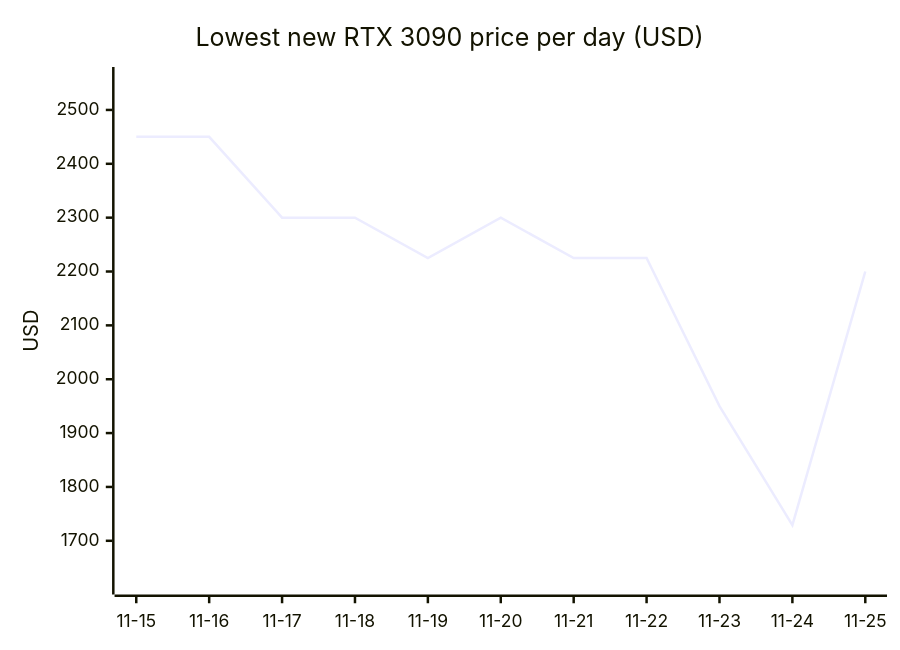
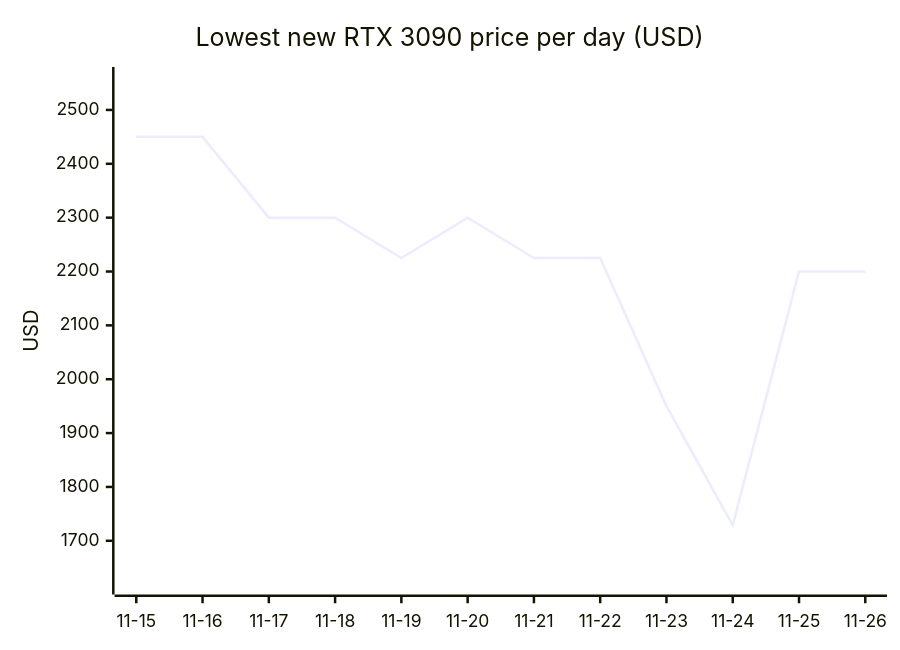
Before and after one commit to 7324136828/4tb_ssd_price_watch: the ninth of 18 diagrams in README.md, drawn with Mermaid. The commit also changed other lines of this file, not shown here.

````diff
--- a/README.md
+++ b/README.md
@@ -977,7 +1006,7 @@
 ```mermaid
 xychart-beta
     title "Lowest new RTX 3090 price per day (USD)"
-    x-axis ["11-15", "11-16", "11-17", "11-18", "11-19", "11-20", "11-21", "11-22", "11-23", "11-24", "11-25"]
+    x-axis ["11-15", "11-16", "11-17", "11-18", "11-19", "11-20", "11-21", "11-22", "11-23", "11-24", "11-25", "11-26"]
     y-axis "USD" 1620 --> 2560
-    line [2450.00, 2450.00, 2300.00, 2300.00, 2225.00, 2300.00, 2225.00, 2225.00, 1950.00, 1729.00, 2200.00]
+    line [2450.00, 2450.00, 2300.00, 2300.00, 2225.00, 2300.00, 2225.00, 2225.00, 1950.00, 1729.00, 2200.00, 2200.00]
 ```
````
